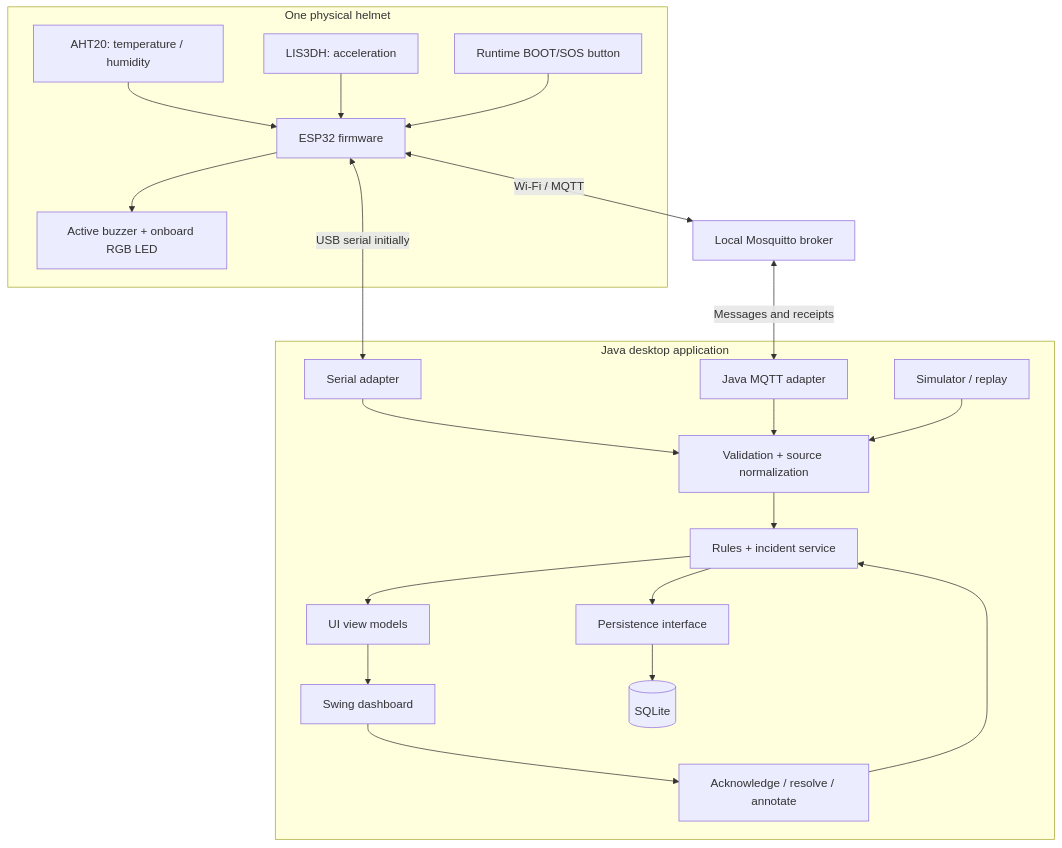
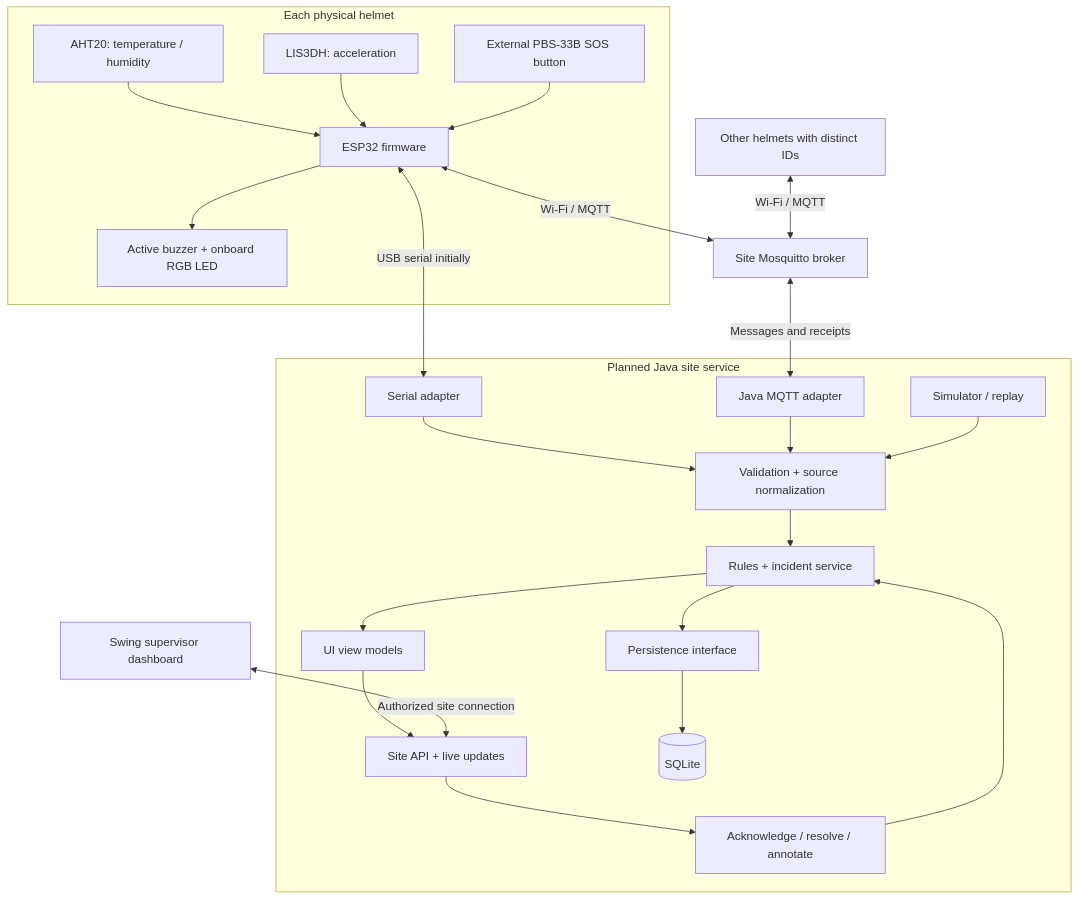
The first of 2 diagrams in docs/SYSTEM_DESIGN.md (Ismoiljon1101/siteguard), drawn with Mermaid before and after one commit. The commit also changed other lines of this file and 34 other files, not shown here.

````diff
--- a/docs/SYSTEM_DESIGN.md
+++ b/docs/SYSTEM_DESIGN.md
@@ -9,24 +9,26 @@
 ```mermaid
 flowchart TB
-    subgraph Helmet["One physical helmet"]
+    subgraph Helmet["Each physical helmet"]
         Env["AHT20: temperature / humidity"] --> Firmware["ESP32 firmware"]
         Motion["LIS3DH: acceleration"] --> Firmware
-        Button["Runtime BOOT/SOS button"] --> Firmware
+        Button["External PBS-33B SOS button"] --> Firmware
         Firmware --> Local["Active buzzer + onboard RGB LED"]
     end
+    Others["Other helmets with distinct IDs"] <-->|"Wi-Fi / MQTT"| Broker["Site Mosquitto broker"]
     Firmware <-->|"USB serial initially"| Serial["Serial adapter"]
-    Firmware <-->|"Wi-Fi / MQTT"| Broker["Local Mosquitto broker"]
+    Firmware <-->|"Wi-Fi / MQTT"| Broker
     Broker <-->|"Messages and receipts"| MQTT["Java MQTT adapter"]
-    subgraph Java["Java desktop application"]
+    subgraph Java["Planned Java site service"]
         Serial --> Ingest["Validation + source normalization"]
         MQTT --> Ingest
         Simulator["Simulator / replay"] --> Ingest
         Ingest --> Rules["Rules + incident service"]
         Rules --> Repository["Persistence interface"]
         Rules --> View["UI view models"]
-        View --> Swing["Swing dashboard"]
-        Swing --> Actions["Acknowledge / resolve / annotate"]
+        View --> API["Site API + live updates"]
+        API --> Actions["Acknowledge / resolve / annotate"]
         Actions --> Rules
         Repository --> DB[("SQLite")]
     end
+    Dashboard["Swing supervisor dashboard"] <-->|"Authorized site connection"| API
 ```
````
